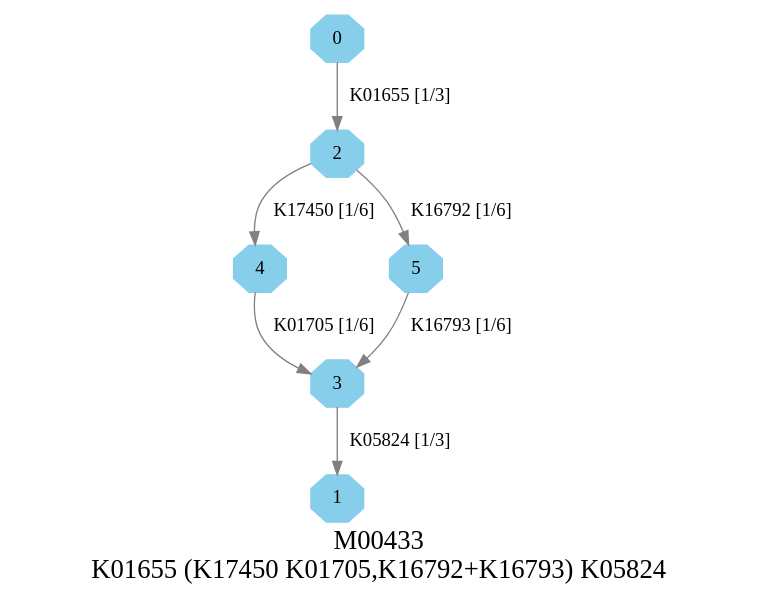
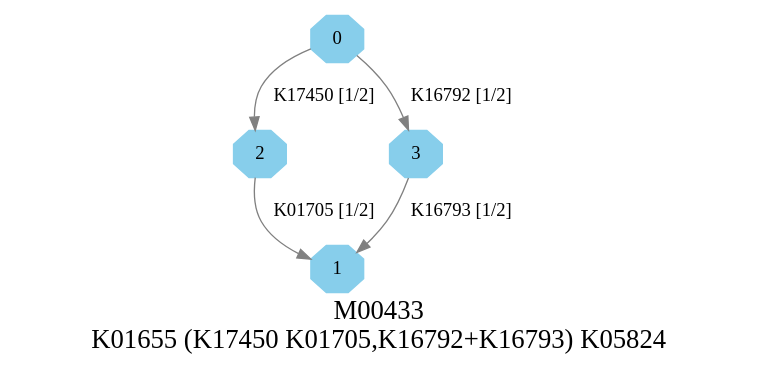
One commit to EBI-Metagenomics/kegg-pathways-completeness-tool changed the diagram in kegg_pathways_completeness/graphs/dots/M00433.dot. Above: the diagram before and after it, drawn with Graphviz. The commit also changed 587 other files, not shown here.

```diff
--- a/kegg_pathways_completeness/graphs/dots/M00433.dot
+++ b/kegg_pathways_completeness/graphs/dots/M00433.dot
@@ -1,13 +1,11 @@
 digraph G {
 graph [label="M00433
 K01655 (K17450 K01705,K16792+K16793) K05824",fontsize=20];
 node [shape=box,style=filled];
 edge [len=3,color=grey];
-{node [width=.3,height=.3,shape=octagon,style=filled,color=skyblue] 0 1 2 3 4 5 }
-0 -> 2 [label="K01655 [1/3]"];
-2 -> 4 [label="K17450 [1/6]"];
-2 -> 5 [label="K16792 [1/6]"];
-3 -> 1 [label="K05824 [1/3]"];
-4 -> 3 [label="K01705 [1/6]"];
-5 -> 3 [label="K16793 [1/6]"];
+{node [width=.3,height=.3,shape=octagon,style=filled,color=skyblue] 0 1 2 3 }
+0 -> 2 [label="K17450 [1/2]"];
+0 -> 3 [label="K16792 [1/2]"];
+2 -> 1 [label="K01705 [1/2]"];
+3 -> 1 [label="K16793 [1/2]"];
 }
```
